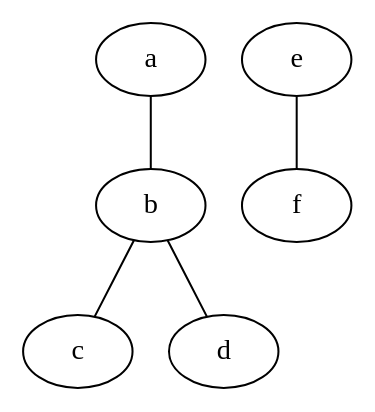
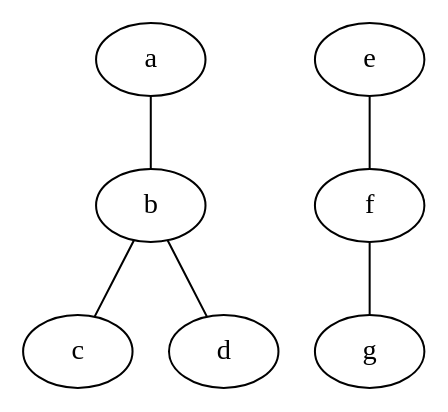
Before and after one commit to ViniTVS/grafos: the diagram in grafos/exemplo3.dot, drawn with Graphviz. The commit also changed 1 other file, not shown here.

Commit message:
Ajuste bipartido p/ buscar outros componentes

```diff
--- a/grafos/exemplo3.dot
+++ b/grafos/exemplo3.dot
@@ -1,6 +1,6 @@
 // The graph name and the semicolons are optional
-graph "Grafo desconexo" {
+graph "Grafo desconexo bipartido" {
     a -- b -- c;
     b -- d;
-    e -- f;
+    e -- f -- g;
 }
```
